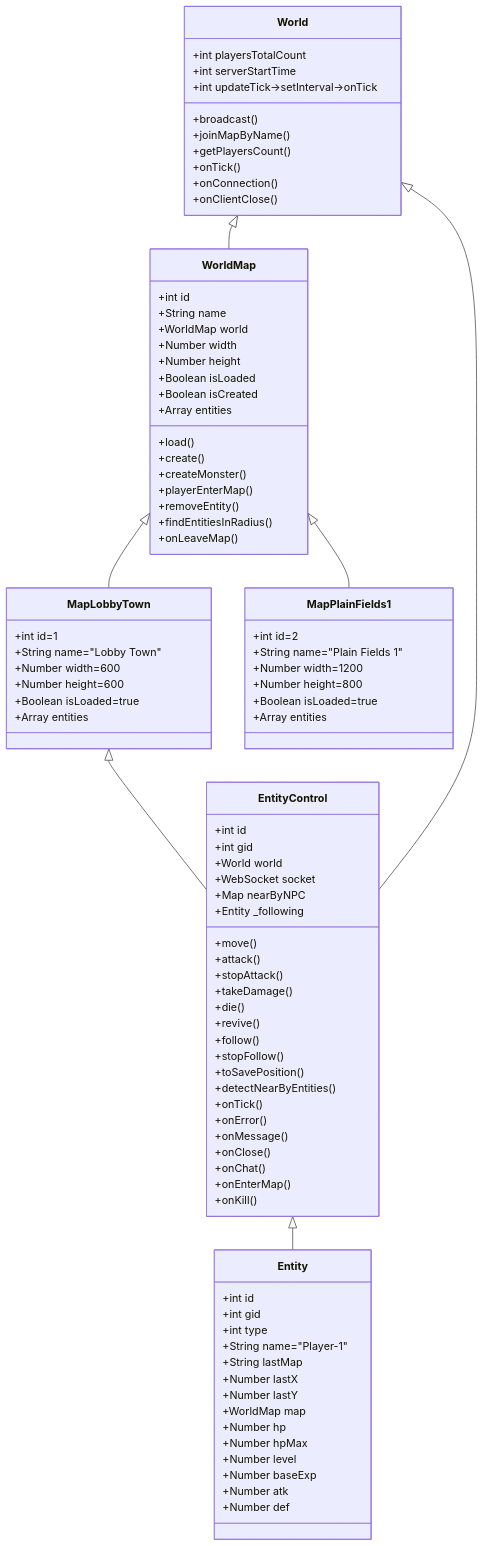
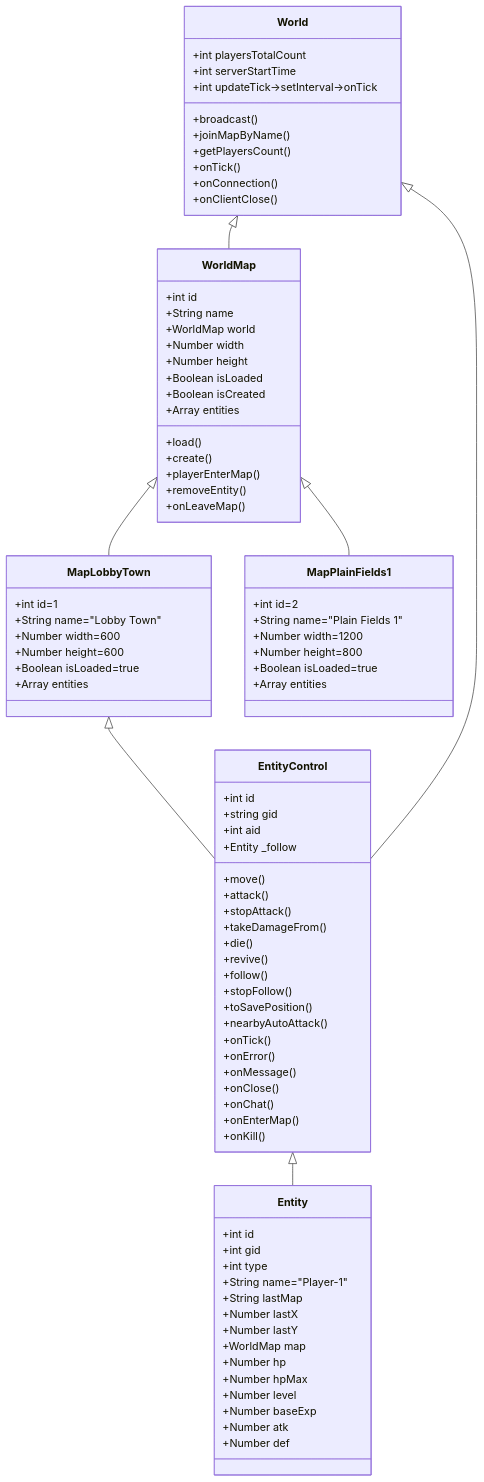
Before and after one commit to Sehrentos/nodejs-game-server: the diagram in docs/README.md, drawn with Mermaid. The commit also changed 29 other files, not shown here.

```diff
--- a/docs/README.md
+++ b/docs/README.md
@@ -26,10 +26,8 @@
       +Array entities
       +load()
       +create()
-      +createMonster()
       +playerEnterMap()
       +removeEntity()
-      +findEntitiesInRadius()
       +onLeaveMap()
     }
     WorldMap <|-- MapLobbyTown
@@ -55,21 +53,19 @@
     World <|-- EntityControl
     class EntityControl {
         +int id
-        +int gid
-        +World world
-        +WebSocket socket
-        +Map nearByNPC
-        +Entity _following
+        +string gid
+        +int aid
+        +Entity _follow
         +move()
         +attack()
         +stopAttack()
-        +takeDamage()
+        +takeDamageFrom()
         +die()
         +revive()
         +follow()
         +stopFollow()
         +toSavePosition()
-        +detectNearByEntities()
+        +nearbyAutoAttack()
         +onTick()
         +onError()
         +onMessage()
```
